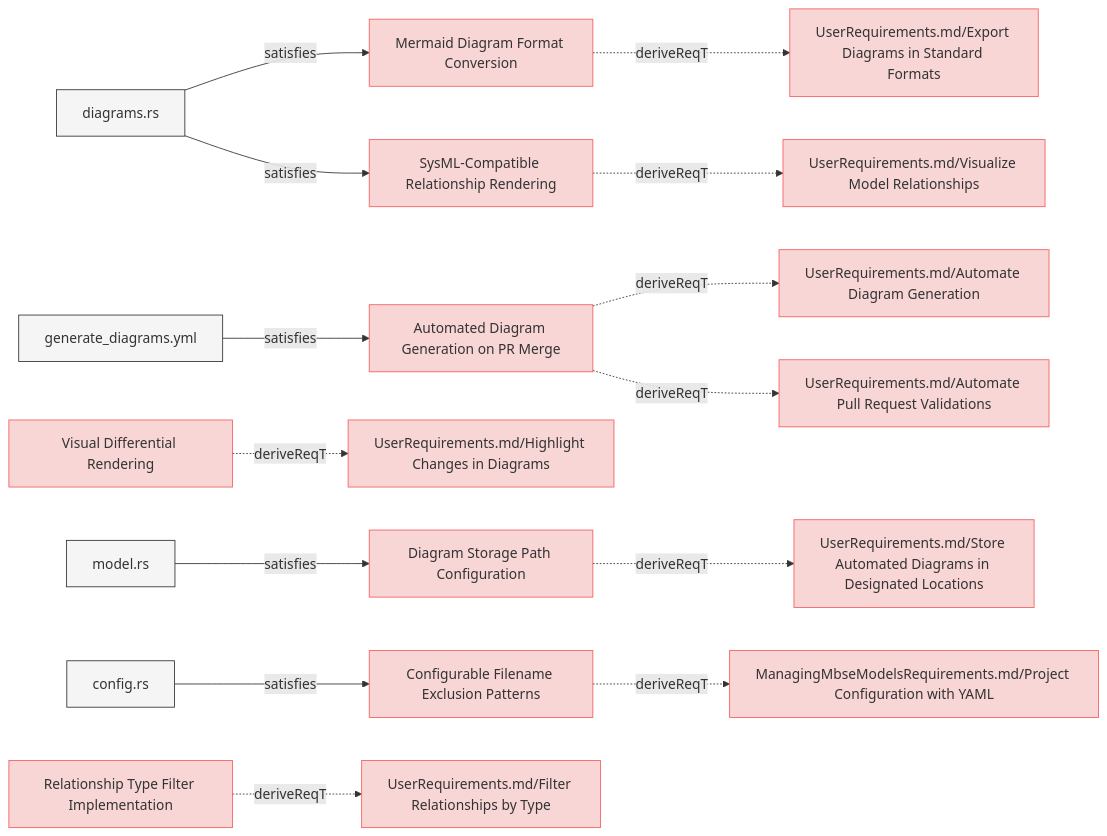
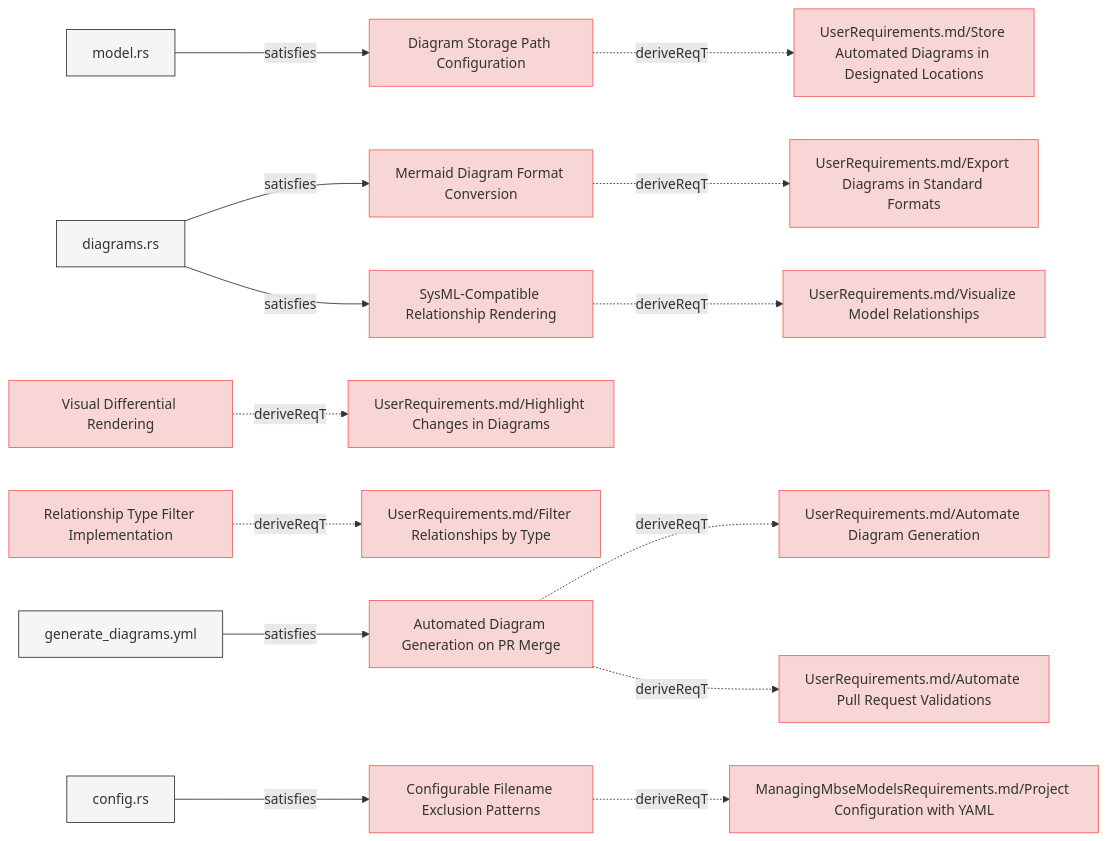
One commit to reqvire-org/reqvire changed the fifth of 8 diagrams in specifications/SystemRequirements/Requirements.md. Above: the diagram before and after it, drawn with Mermaid. The commit also changed other lines of this file and 15 other files, not shown here.

Commit message:
Linted and new diagrams generated.

````diff
--- a/specifications/SystemRequirements/Requirements.md
+++ b/specifications/SystemRequirements/Requirements.md
@@ -507,79 +507,79 @@
 ```mermaid
 graph LR;
   %% Graph styling
   classDef requirement fill:#f9d6d6,stroke:#f55f5f,stroke-width:1px;
   classDef verification fill:#d6f9d6,stroke:#5fd75f,stroke-width:1px;
   classDef externalLink fill:#d0e0ff,stroke:#3080ff,stroke-width:1px;
   classDef default fill:#f5f5f5,stroke:#333333,stroke-width:1px;
 
+  cb1ad39c7552a3cd["Diagram Storage Path Configuration"];
+  click cb1ad39c7552a3cd "https://github.com/Reqvire/reqvire/blob/b8c43d2689b933838bf1838d8a4cdf3393c9014f/specifications/SystemRequirements/Requirements.md#diagram-storage-path-configuration";
+  class cb1ad39c7552a3cd requirement;
+  89097c1311055b72["UserRequirements.md/Store Automated Diagrams in Designated Locations"];
+  class 89097c1311055b72 requirement;
+  click 89097c1311055b72 "https://github.com/Reqvire/reqvire/blob/b8c43d2689b933838bf1838d8a4cdf3393c9014f/specifications/UserRequirements.md#store-automated-diagrams-in-designated-locations";
+  cb1ad39c7552a3cd -.->|deriveReqT| 89097c1311055b72;
+  36fd2b1e82621caf["model.rs"];
+  class 36fd2b1e82621caf default;
+  click 36fd2b1e82621caf "https://github.com/Reqvire/reqvire/blob/b8c43d2689b933838bf1838d8a4cdf3393c9014f/core/src/model.rs";
+  36fd2b1e82621caf -->|satisfies| cb1ad39c7552a3cd;
   b8208c9b1d6a312a["Mermaid Diagram Format Conversion"];
-  click b8208c9b1d6a312a "https://github.com/Reqvire/reqvire/blob/f18e52f9f88c64f67a79abc4e93eb74b3ec22615/specifications/SystemRequirements/Requirements.md#mermaid-diagram-format-conversion";
+  click b8208c9b1d6a312a "https://github.com/Reqvire/reqvire/blob/b8c43d2689b933838bf1838d8a4cdf3393c9014f/specifications/SystemRequirements/Requirements.md#mermaid-diagram-format-conversion";
   class b8208c9b1d6a312a requirement;
   a0274ca0625d8493["UserRequirements.md/Export Diagrams in Standard Formats"];
   class a0274ca0625d8493 requirement;
-  click a0274ca0625d8493 "https://github.com/Reqvire/reqvire/blob/f18e52f9f88c64f67a79abc4e93eb74b3ec22615/specifications/UserRequirements.md#export-diagrams-in-standard-formats";
+  click a0274ca0625d8493 "https://github.com/Reqvire/reqvire/blob/b8c43d2689b933838bf1838d8a4cdf3393c9014f/specifications/UserRequirements.md#export-diagrams-in-standard-formats";
   b8208c9b1d6a312a -.->|deriveReqT| a0274ca0625d8493;
   95f7dce6aff47396["diagrams.rs"];
   class 95f7dce6aff47396 default;
-  click 95f7dce6aff47396 "https://github.com/Reqvire/reqvire/blob/f18e52f9f88c64f67a79abc4e93eb74b3ec22615/core/src/diagrams.rs";
+  click 95f7dce6aff47396 "https://github.com/Reqvire/reqvire/blob/b8c43d2689b933838bf1838d8a4cdf3393c9014f/core/src/diagrams.rs";
   95f7dce6aff47396 -->|satisfies| b8208c9b1d6a312a;
+  d812c13722abb71d["Visual Differential Rendering"];
+  click d812c13722abb71d "https://github.com/Reqvire/reqvire/blob/b8c43d2689b933838bf1838d8a4cdf3393c9014f/specifications/SystemRequirements/Requirements.md#visual-differential-rendering";
+  class d812c13722abb71d requirement;
+  ac914f743d73674e["UserRequirements.md/Highlight Changes in Diagrams"];
+  class ac914f743d73674e requirement;
+  click ac914f743d73674e "https://github.com/Reqvire/reqvire/blob/b8c43d2689b933838bf1838d8a4cdf3393c9014f/specifications/UserRequirements.md#highlight-changes-in-diagrams";
+  d812c13722abb71d -.->|deriveReqT| ac914f743d73674e;
   5071808e4276f33a["SysML-Compatible Relationship Rendering"];
-  click 5071808e4276f33a "https://github.com/Reqvire/reqvire/blob/f18e52f9f88c64f67a79abc4e93eb74b3ec22615/specifications/SystemRequirements/Requirements.md#sysml-compatible-relationship-rendering";
+  click 5071808e4276f33a "https://github.com/Reqvire/reqvire/blob/b8c43d2689b933838bf1838d8a4cdf3393c9014f/specifications/SystemRequirements/Requirements.md#sysml-compatible-relationship-rendering";
   class 5071808e4276f33a requirement;
   eed0b020b6ddeae1["UserRequirements.md/Visualize Model Relationships"];
   class eed0b020b6ddeae1 requirement;
-  click eed0b020b6ddeae1 "https://github.com/Reqvire/reqvire/blob/f18e52f9f88c64f67a79abc4e93eb74b3ec22615/specifications/UserRequirements.md#visualize-model-relationships";
+  click eed0b020b6ddeae1 "https://github.com/Reqvire/reqvire/blob/b8c43d2689b933838bf1838d8a4cdf3393c9014f/specifications/UserRequirements.md#visualize-model-relationships";
   5071808e4276f33a -.->|deriveReqT| eed0b020b6ddeae1;
   95f7dce6aff47396 -->|satisfies| 5071808e4276f33a;
+  bd72564894314bf6["Relationship Type Filter Implementation"];
+  click bd72564894314bf6 "https://github.com/Reqvire/reqvire/blob/b8c43d2689b933838bf1838d8a4cdf3393c9014f/specifications/SystemRequirements/Requirements.md#relationship-type-filter-implementation";
+  class bd72564894314bf6 requirement;
+  66e9d8186acafd13["UserRequirements.md/Filter Relationships by Type"];
+  class 66e9d8186acafd13 requirement;
+  click 66e9d8186acafd13 "https://github.com/Reqvire/reqvire/blob/b8c43d2689b933838bf1838d8a4cdf3393c9014f/specifications/UserRequirements.md#filter-relationships-by-type";
+  bd72564894314bf6 -.->|deriveReqT| 66e9d8186acafd13;
   793154acc336992c["Automated Diagram Generation on PR Merge"];
-  click 793154acc336992c "https://github.com/Reqvire/reqvire/blob/f18e52f9f88c64f67a79abc4e93eb74b3ec22615/specifications/SystemRequirements/Requirements.md#automated-diagram-generation-on-pr-merge";
+  click 793154acc336992c "https://github.com/Reqvire/reqvire/blob/b8c43d2689b933838bf1838d8a4cdf3393c9014f/specifications/SystemRequirements/Requirements.md#automated-diagram-generation-on-pr-merge";
   class 793154acc336992c requirement;
   c522cf4c404bdc24["UserRequirements.md/Automate Diagram Generation"];
   class c522cf4c404bdc24 requirement;
-  click c522cf4c404bdc24 "https://github.com/Reqvire/reqvire/blob/f18e52f9f88c64f67a79abc4e93eb74b3ec22615/specifications/UserRequirements.md#automate-diagram-generation";
+  click c522cf4c404bdc24 "https://github.com/Reqvire/reqvire/blob/b8c43d2689b933838bf1838d8a4cdf3393c9014f/specifications/UserRequirements.md#automate-diagram-generation";
   793154acc336992c -.->|deriveReqT| c522cf4c404bdc24;
   b41f362e18fb2449["UserRequirements.md/Automate Pull Request Validations"];
   class b41f362e18fb2449 requirement;
-  click b41f362e18fb2449 "https://github.com/Reqvire/reqvire/blob/f18e52f9f88c64f67a79abc4e93eb74b3ec22615/specifications/UserRequirements.md#automate-pull-request-validations";
+  click b41f362e18fb2449 "https://github.com/Reqvire/reqvire/blob/b8c43d2689b933838bf1838d8a4cdf3393c9014f/specifications/UserRequirements.md#automate-pull-request-validations";
   793154acc336992c -.->|deriveReqT| b41f362e18fb2449;
   fdd29f919065644d["generate_diagrams.yml"];
   class fdd29f919065644d default;
-  click fdd29f919065644d "https://github.com/Reqvire/reqvire/blob/f18e52f9f88c64f67a79abc4e93eb74b3ec22615/.github/workflows/generate_diagrams.yml";
+  click fdd29f919065644d "https://github.com/Reqvire/reqvire/blob/b8c43d2689b933838bf1838d8a4cdf3393c9014f/.github/workflows/generate_diagrams.yml";
   fdd29f919065644d -->|satisfies| 793154acc336992c;
-  d812c13722abb71d["Visual Differential Rendering"];
-  click d812c13722abb71d "https://github.com/Reqvire/reqvire/blob/f18e52f9f88c64f67a79abc4e93eb74b3ec22615/specifications/SystemRequirements/Requirements.md#visual-differential-rendering";
-  class d812c13722abb71d requirement;
-  ac914f743d73674e["UserRequirements.md/Highlight Changes in Diagrams"];
-  class ac914f743d73674e requirement;
-  click ac914f743d73674e "https://github.com/Reqvire/reqvire/blob/f18e52f9f88c64f67a79abc4e93eb74b3ec22615/specifications/UserRequirements.md#highlight-changes-in-diagrams";
-  d812c13722abb71d -.->|deriveReqT| ac914f743d73674e;
-  cb1ad39c7552a3cd["Diagram Storage Path Configuration"];
-  click cb1ad39c7552a3cd "https://github.com/Reqvire/reqvire/blob/f18e52f9f88c64f67a79abc4e93eb74b3ec22615/specifications/SystemRequirements/Requirements.md#diagram-storage-path-configuration";
-  class cb1ad39c7552a3cd requirement;
-  89097c1311055b72["UserRequirements.md/Store Automated Diagrams in Designated Locations"];
-  class 89097c1311055b72 requirement;
-  click 89097c1311055b72 "https://github.com/Reqvire/reqvire/blob/f18e52f9f88c64f67a79abc4e93eb74b3ec22615/specifications/UserRequirements.md#store-automated-diagrams-in-designated-locations";
-  cb1ad39c7552a3cd -.->|deriveReqT| 89097c1311055b72;
-  36fd2b1e82621caf["model.rs"];
-  class 36fd2b1e82621caf default;
-  click 36fd2b1e82621caf "https://github.com/Reqvire/reqvire/blob/f18e52f9f88c64f67a79abc4e93eb74b3ec22615/core/src/model.rs";
-  36fd2b1e82621caf -->|satisfies| cb1ad39c7552a3cd;
   4bf74699f40f4a76["Configurable Filename Exclusion Patterns"];
-  click 4bf74699f40f4a76 "https://github.com/Reqvire/reqvire/blob/f18e52f9f88c64f67a79abc4e93eb74b3ec22615/specifications/SystemRequirements/Requirements.md#configurable-filename-exclusion-patterns";
+  click 4bf74699f40f4a76 "https://github.com/Reqvire/reqvire/blob/b8c43d2689b933838bf1838d8a4cdf3393c9014f/specifications/SystemRequirements/Requirements.md#configurable-filename-exclusion-patterns";
   class 4bf74699f40f4a76 requirement;
   b3ef0fb91572bcf0["ManagingMbseModelsRequirements.md/Project Configuration with YAML"];
   class b3ef0fb91572bcf0 requirement;
-  click b3ef0fb91572bcf0 "https://github.com/Reqvire/reqvire/blob/f18e52f9f88c64f67a79abc4e93eb74b3ec22615/specifications/ManagingMbseModelsRequirements.md#project-configuration-with-yaml";
+  click b3ef0fb91572bcf0 "https://github.com/Reqvire/reqvire/blob/b8c43d2689b933838bf1838d8a4cdf3393c9014f/specifications/ManagingMbseModelsRequirements.md#project-configuration-with-yaml";
   4bf74699f40f4a76 -.->|deriveReqT| b3ef0fb91572bcf0;
   d89f4b0d2edaac20["config.rs"];
   class d89f4b0d2edaac20 default;
-  click d89f4b0d2edaac20 "https://github.com/Reqvire/reqvire/blob/f18e52f9f88c64f67a79abc4e93eb74b3ec22615/cli/src/config.rs";
+  click d89f4b0d2edaac20 "https://github.com/Reqvire/reqvire/blob/b8c43d2689b933838bf1838d8a4cdf3393c9014f/cli/src/config.rs";
   d89f4b0d2edaac20 -->|satisfies| 4bf74699f40f4a76;
-  bd72564894314bf6["Relationship Type Filter Implementation"];
-  click bd72564894314bf6 "https://github.com/Reqvire/reqvire/blob/f18e52f9f88c64f67a79abc4e93eb74b3ec22615/specifications/SystemRequirements/Requirements.md#relationship-type-filter-implementation";
-  class bd72564894314bf6 requirement;
-  66e9d8186acafd13["UserRequirements.md/Filter Relationships by Type"];
-  class 66e9d8186acafd13 requirement;
-  click 66e9d8186acafd13 "https://github.com/Reqvire/reqvire/blob/f18e52f9f88c64f67a79abc4e93eb74b3ec22615/specifications/UserRequirements.md#filter-relationships-by-type";
-  bd72564894314bf6 -.->|deriveReqT| 66e9d8186acafd13;
 ```
````
